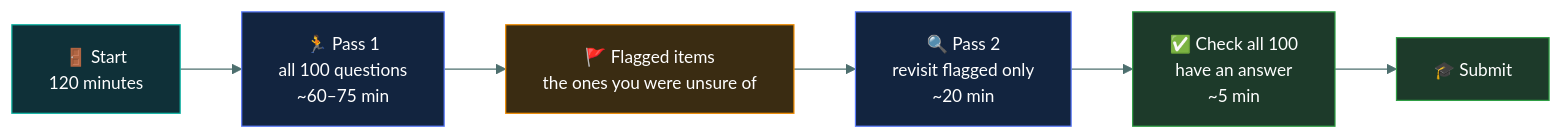
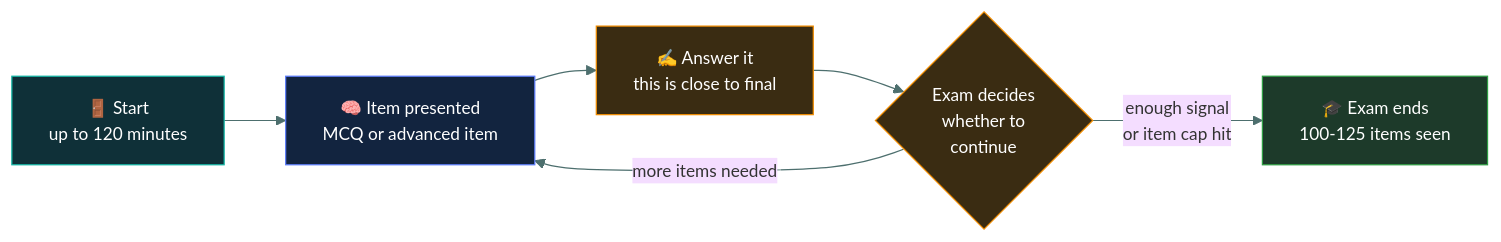
One commit to tarunTejaDesireddy/cc-exam-prep changed the diagram in 00-foundations/how-the-exam-works/README.md. Above: the diagram before and after it, drawn with Mermaid. The commit also changed other lines of this file and 3 other files, not shown here.

````diff
--- a/00-foundations/how-the-exam-works/README.md
+++ b/00-foundations/how-the-exam-works/README.md
@@ -67,16 +71,15 @@
 ```mermaid
 %%{init: {'theme':'base','themeVariables':{'fontSize':'14px','lineColor':'#4d6f6e','textColor':'#dbe7e6'}}}%%
 flowchart LR
-    S["🚪 Start<br/>120 minutes"] --> P1["🏃 Pass 1<br/>all 100 questions<br/>~60–75 min"]
-    P1 --> F["🚩 Flagged items<br/>the ones you were unsure of"]
-    F --> P2["🔍 Pass 2<br/>revisit flagged only<br/>~20 min"]
-    P2 --> C["✅ Check all 100<br/>have an answer<br/>~5 min"]
-    C --> E["🎓 Submit"]
+    S["🚪 Start<br/>up to 120 minutes"] --> I["🧠 Item presented<br/>MCQ or advanced item"]
+    I --> A["✍️ Answer it<br/>this is close to final"]
+    A --> N{"Exam decides<br/>whether to<br/>continue"}
+    N -->|"more items needed"| I
+    N -->|"enough signal<br/>or item cap hit"| E["🎓 Exam ends<br/>100-125 items seen"]
 
     style S fill:#0f3038,stroke:#12B5A5,color:#fff
-    style P1 fill:#12243f,stroke:#5C7CFA,color:#fff
-    style F fill:#3a2c12,stroke:#F08C00,color:#fff
-    style P2 fill:#12243f,stroke:#5C7CFA,color:#fff
-    style C fill:#1d3a2a,stroke:#2F9E44,color:#fff
+    style I fill:#12243f,stroke:#5C7CFA,color:#fff
+    style A fill:#3a2c12,stroke:#F08C00,color:#fff
+    style N fill:#3a2c12,stroke:#F08C00,color:#fff
     style E fill:#1d3a2a,stroke:#2F9E44,color:#fff
 ```
````
